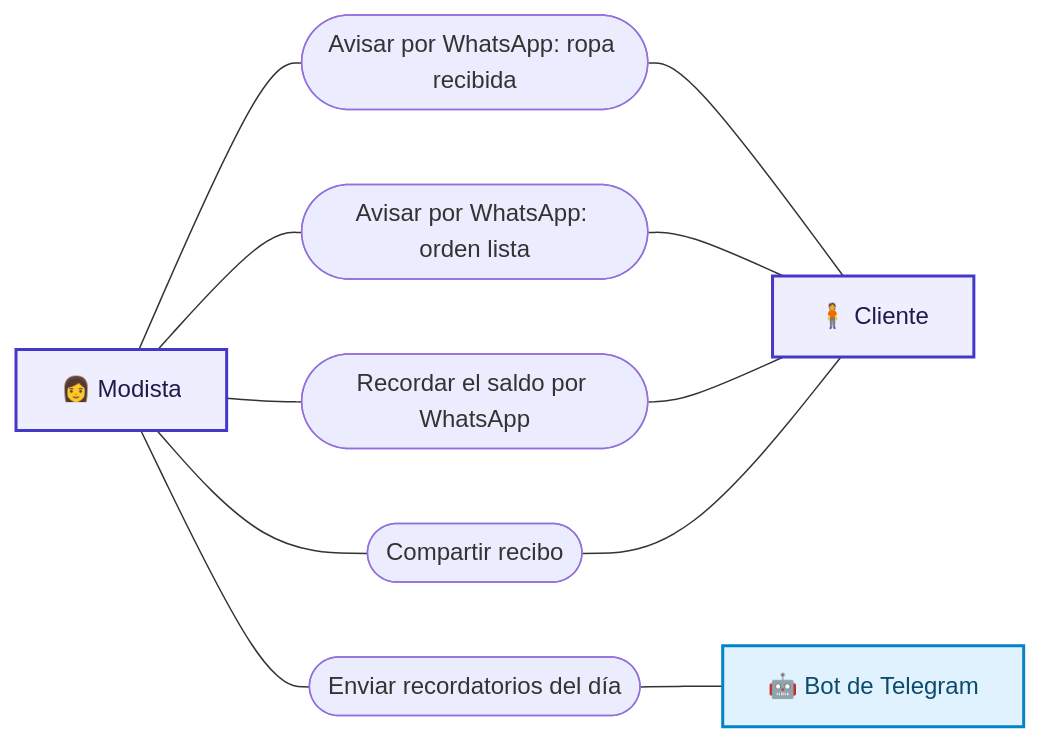
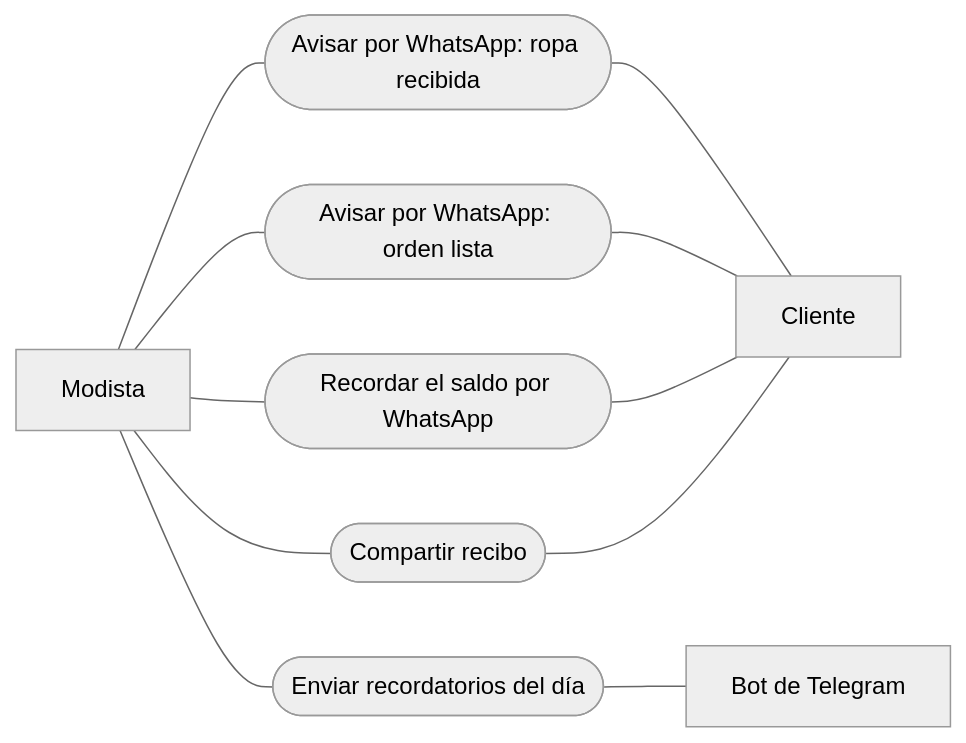
Before and after one commit to Aryannext/Costura-app: the sixth of 16 diagrams in docs/02-diseno/DIAGRAMAS.md, drawn with Mermaid. The commit also changed other lines of this file and 4 other files, not shown here.

First line of the commit message:
P1-7: el aviso de las 8:00 comprueba el permiso de alarmas exactas; diagramas sin emojis ni colores

````diff
--- a/docs/02-diseno/DIAGRAMAS.md
+++ b/docs/02-diseno/DIAGRAMAS.md
@@ -334,25 +333,23 @@
 ```mermaid
+%%{init: {'theme': 'neutral'}}%%
 flowchart LR
-    M["👩 Modista"]:::actor
+    M["Modista"]
     W1(["Avisar por WhatsApp: ropa recibida"])
     W2(["Avisar por WhatsApp: orden lista"])
     W3(["Recordar el saldo por WhatsApp"])
     W4(["Compartir recibo"])
     W5(["Enviar recordatorios del día"])
-    CL["🧍 Cliente"]:::actor
-    TG["🤖 Bot de Telegram"]:::externo
+    CL["Cliente"]
+    TG["Bot de Telegram"]
 
     M --- W1
     M --- W2
     M --- W3
     M --- W4
     M --- W5
     W1 --- CL
     W2 --- CL
     W3 --- CL
     W4 --- CL
     W5 --- TG
-
-    classDef actor fill:#eef,stroke:#4338ca,stroke-width:2px,color:#1e1b4b
-    classDef externo fill:#e0f2fe,stroke:#0284c7,stroke-width:2px,color:#0c4a6e
 ```
````
